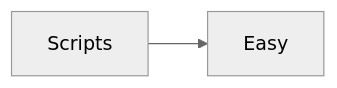
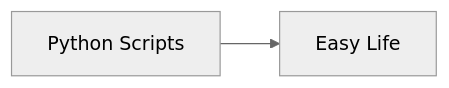
One commit to gaurav8969/python-scripts changed the diagram in README.md. Above: the diagram before and after it, drawn with Mermaid (neutral theme).

````diff
--- a/README.md
+++ b/README.md
@@ -3,4 +3,4 @@
 ```mermaid
 flowchart LR
-    Scripts-->Easy
+    a[Python Scripts] --> b[Easy Life]
 ```
````
